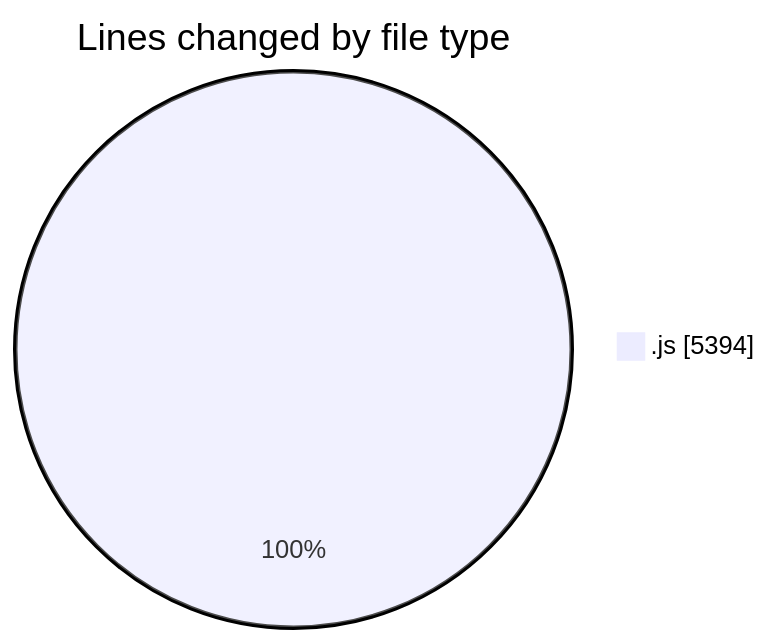
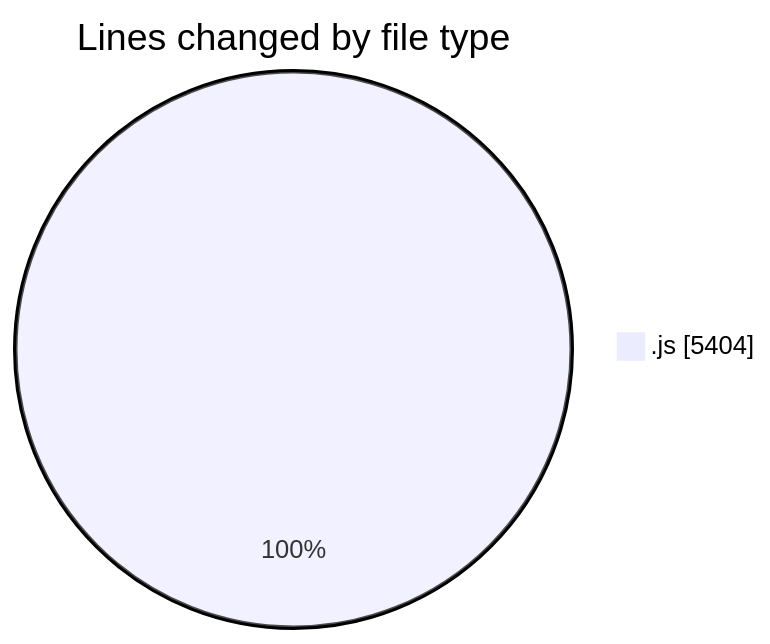
The first of 2 diagrams in 2025-10-15/nxtqube_webapp/README.md (nxtqubesakshisongat/code-tracking), drawn with Mermaid before and after one commit. The commit also changed other lines of this file and 1 other file, not shown here.

````diff
--- a/2025-10-15/nxtqube_webapp/README.md
+++ b/2025-10-15/nxtqube_webapp/README.md
@@ -21,5 +21,5 @@
 ```mermaid
 pie showData
 title Lines changed by file type
-".js" : 5394
+".js" : 5404
 ```
````
